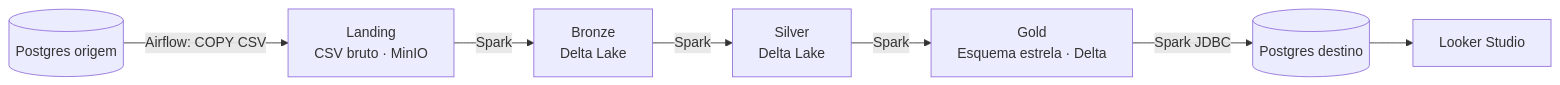
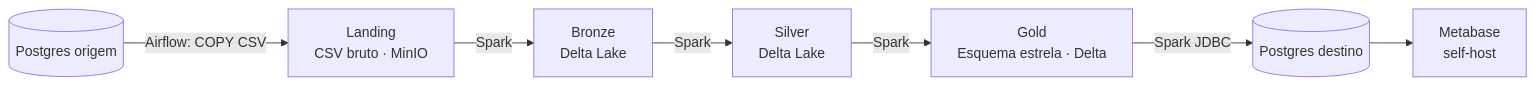
The diagram in docs/arquitetura.md (Luan-zanardo/data-pipeline), drawn with Mermaid before and after one commit. The commit also changed other lines of this file and 9 other files, not shown here.

First line of the commit message:
feat: adiciona Metabase self-host e remove Looker Studio (#27)

````diff
--- a/docs/arquitetura.md
+++ b/docs/arquitetura.md
@@ -10,9 +10,9 @@
 ```mermaid
 flowchart LR
     A[(Postgres origem)] -->|Airflow: COPY CSV| B[Landing<br/>CSV bruto · MinIO]
     B -->|Spark| C[Bronze<br/>Delta Lake]
     C -->|Spark| D[Silver<br/>Delta Lake]
     D -->|Spark| E[Gold<br/>Esquema estrela · Delta]
     E -->|Spark JDBC| F[(Postgres destino)]
-    F --> G[Looker Studio]
+    F --> G[Metabase<br/>self-host]
 ```
````
